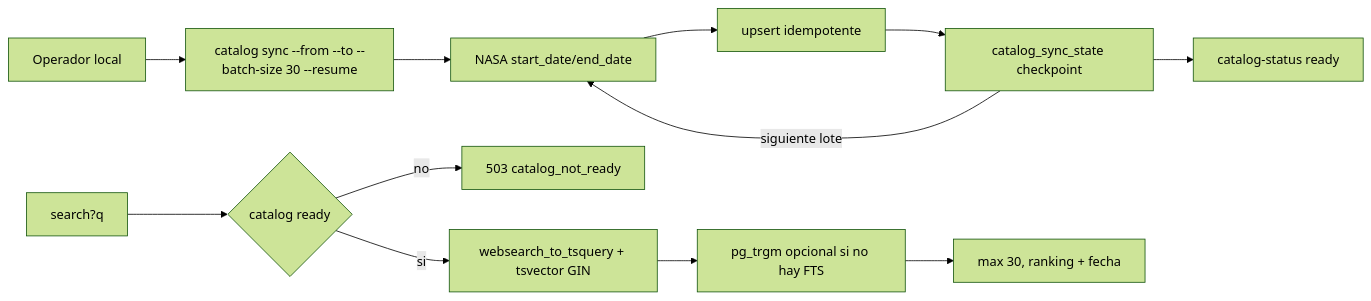
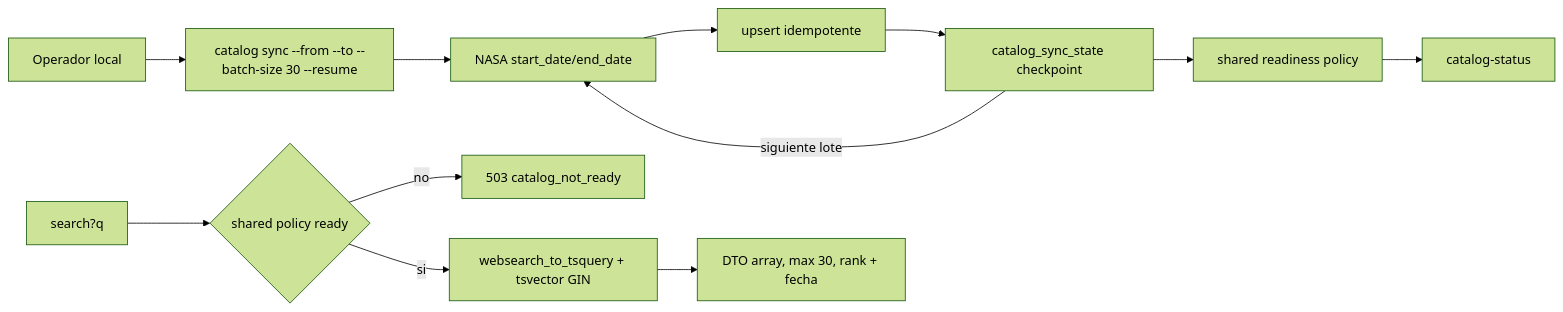
The sixth of 9 diagrams in docs/architecture/p3-flow-overview.md (VCinthia/Astronomy-Picture-Explorer), drawn with Mermaid (forest theme) before and after one commit. The commit also changed other lines of this file and 13 other files, not shown here.

````diff
--- a/docs/architecture/p3-flow-overview.md
+++ b/docs/architecture/p3-flow-overview.md
@@ -161,14 +161,14 @@
 ```mermaid
 flowchart LR
     OP["Operador local"] --> CMD["catalog sync --from --to --batch-size 30 --resume"]
     CMD --> RANGE["NASA start_date/end_date"]
     RANGE --> UPSERT["upsert idempotente"]
     UPSERT --> CHECK["catalog_sync_state checkpoint"]
     CHECK -->|"siguiente lote"| RANGE
-    CHECK --> READY["catalog-status ready"]
-    Q["search?q"] --> GUARD{"catalog ready"}
+    CHECK --> READY["shared readiness policy"]
+    READY --> STATUS["catalog-status"]
+    Q["search?q"] --> GUARD{"shared policy ready"}
     GUARD -->|no| E503["503 catalog_not_ready"]
     GUARD -->|si| FTS["websearch_to_tsquery + tsvector GIN"]
-    FTS --> OPTIONAL["pg_trgm opcional si no hay FTS"]
-    OPTIONAL --> RESULTS["max 30, ranking + fecha"]
+    FTS --> RESULTS["DTO array, max 30, rank + fecha"]
 ```
````
